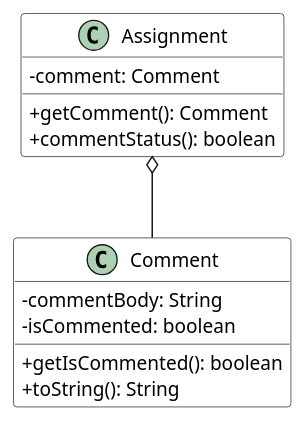
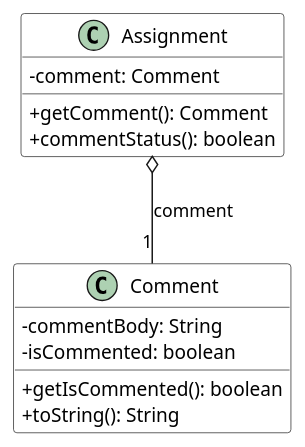
One commit to raydenlim/tp changed the diagram in docs/diagrams/CommentClass.puml. Above: the diagram before and after it, drawn with PlantUML. The commit also changed 3 other files, not shown here.

```diff
--- a/docs/diagrams/CommentClass.puml
+++ b/docs/diagrams/CommentClass.puml
@@ -1,21 +1,20 @@
 @startuml
 skinparam arrowThickness 1.1
 skinparam classBackgroundColor LOGIC_COLOR
 skinparam classAttributeIconSize 0
 
 class Assignment {
 -comment: Comment
 +getComment(): Comment
 +commentStatus(): boolean
 }
 
 class Comment {
 -commentBody: String
 -isCommented: boolean
 +getIsCommented(): boolean
 +toString(): String
 }
 
-Assignment o-- Comment
-
+Assignment o-- "1" Comment: comment
 @enduml
```
